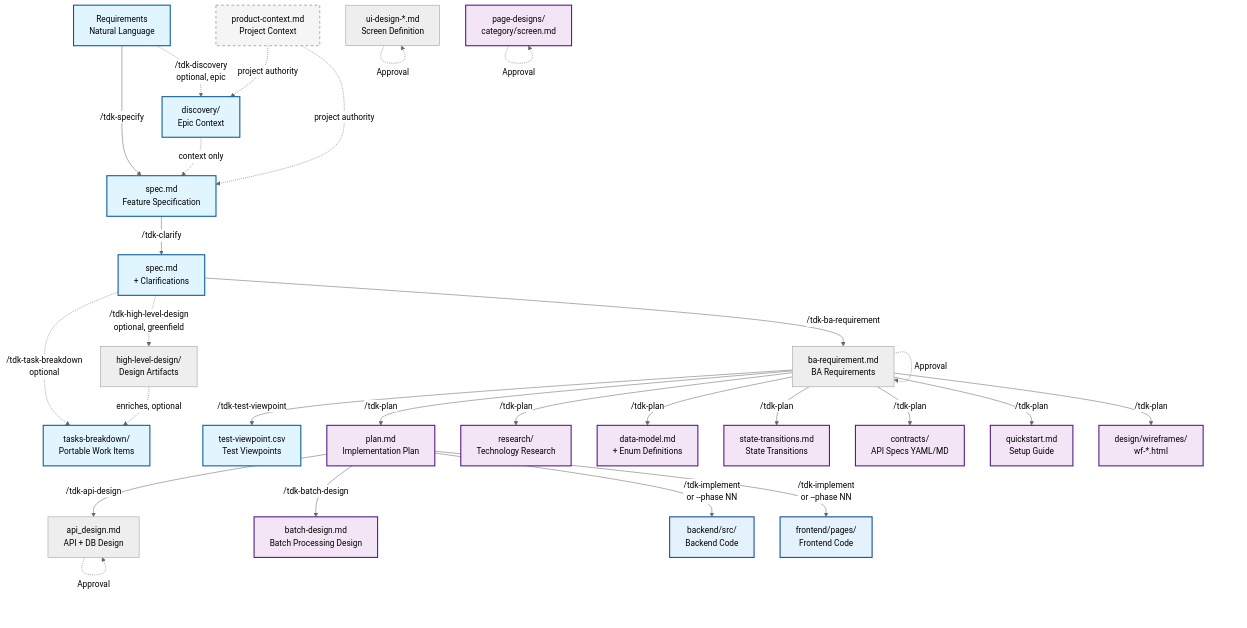
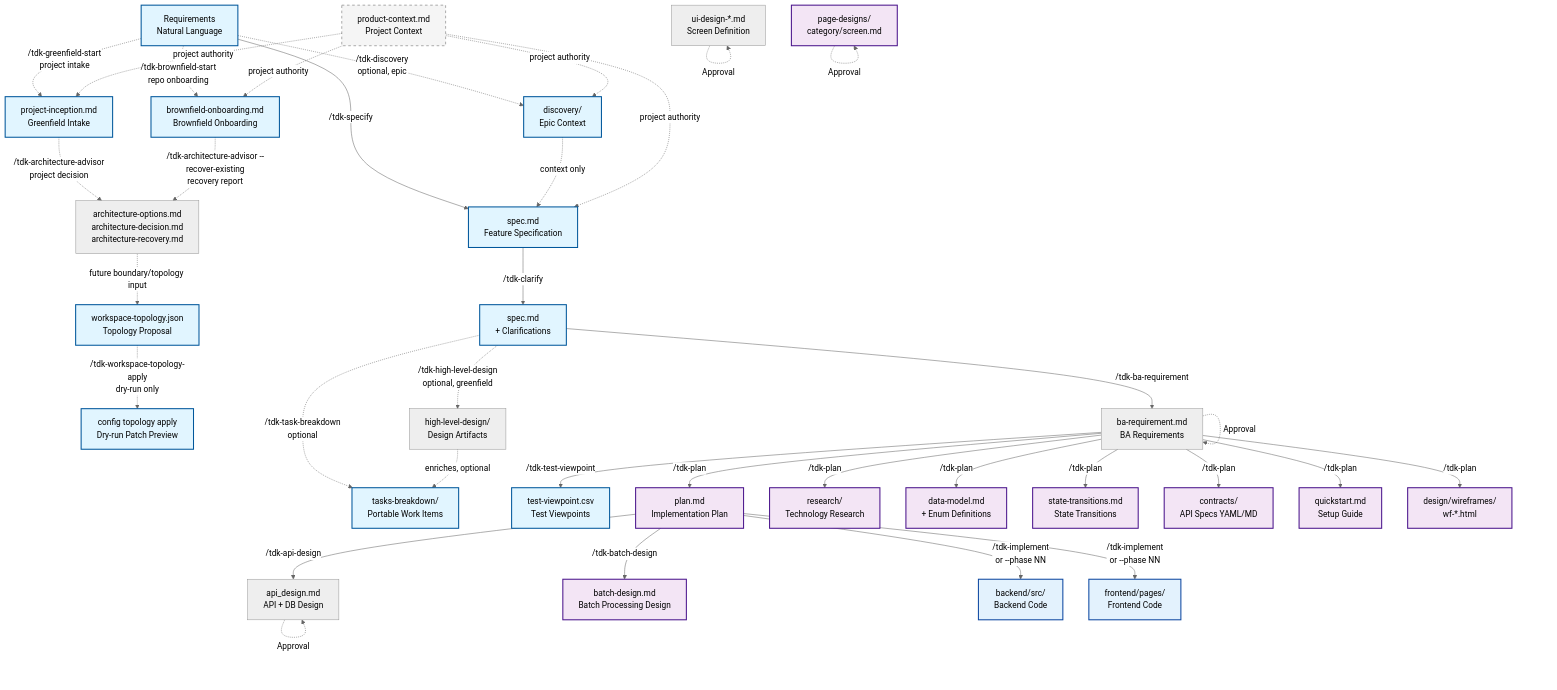
The first of 8 diagrams in .specify/docs/guides/document-flow.md (vinhltt/tdk), drawn with Mermaid (neutral theme) before and after one commit. The commit also changed other lines of this file and 67 other files, not shown here.

````diff
--- a/.specify/docs/guides/document-flow.md
+++ b/.specify/docs/guides/document-flow.md
@@ -12,60 +12,73 @@
 ```mermaid
 flowchart TD
     %% Phase 0: Specification
     REQ[Requirements<br/>Natural Language]
     PRODUCT_CONTEXT[product-context.md<br/>Project Context]
+    GREENFIELD_INCEPTION[project-inception.md<br/>Greenfield Intake]
+    BROWNFIELD_ONBOARDING[brownfield-onboarding.md<br/>Brownfield Onboarding]
+    ARCHITECTURE_REPORTS[architecture-options.md<br/>architecture-decision.md<br/>architecture-recovery.md]
+    TOPOLOGY[workspace-topology.json<br/>Topology Proposal]
+    CONFIG_PATCH[config topology apply<br/>Dry-run Patch Preview]
     DISCOVERY[discovery/<br/>Epic Context]
 
     %% Phase 0: Feature Specification
+    REQ -.->|/tdk-greenfield-start<br/>project intake| GREENFIELD_INCEPTION
+    REQ -.->|/tdk-brownfield-start<br/>repo onboarding| BROWNFIELD_ONBOARDING
+    GREENFIELD_INCEPTION -.->|/tdk-architecture-advisor<br/>project decision| ARCHITECTURE_REPORTS
+    BROWNFIELD_ONBOARDING -.->|/tdk-architecture-advisor --recover-existing<br/>recovery report| ARCHITECTURE_REPORTS
+    ARCHITECTURE_REPORTS -.->|future boundary/topology input| TOPOLOGY
+    TOPOLOGY -.->|/tdk-workspace-topology-apply<br/>dry-run only| CONFIG_PATCH
     REQ -.->|/tdk-discovery<br/>optional, epic| DISCOVERY
     REQ -->|/tdk-specify| SPEC[spec.md<br/>Feature Specification]
     DISCOVERY -.->|context only| SPEC
+    PRODUCT_CONTEXT -.->|project authority| GREENFIELD_INCEPTION
+    PRODUCT_CONTEXT -.->|project authority| BROWNFIELD_ONBOARDING
     PRODUCT_CONTEXT -.->|project authority| DISCOVERY
     PRODUCT_CONTEXT -.->|project authority| SPEC
     SPEC -->|/tdk-clarify| SPEC_CLARIFIED[spec.md<br/>+ Clarifications]
     SPEC_CLARIFIED -.->|/tdk-high-level-design<br/>optional, greenfield| HLD[high-level-design/<br/>Design Artifacts]
     SPEC_CLARIFIED -.->|/tdk-task-breakdown<br/>optional| TASK_BREAKDOWN[tasks-breakdown/<br/>Portable Work Items]
     HLD -.->|enriches, optional| TASK_BREAKDOWN
     SPEC_CLARIFIED -->|/tdk-ba-requirement| BA_REQ[ba-requirement.md<br/>BA Requirements]
     BA_REQ -.->|Approval| BA_REQ
     BA_REQ -->|/tdk-test-viewpoint| TEST_VP[test-viewpoint.csv<br/>Test Viewpoints]
 
     %% Phase 1: Architecture & Design
     BA_REQ -->|/tdk-plan| PLAN[plan.md<br/>Implementation Plan]
     BA_REQ -->|/tdk-plan| RESEARCH[research/<br/>Technology Research]
     BA_REQ -->|/tdk-plan| DATAMODEL[data-model.md<br/>+ Enum Definitions]
     BA_REQ -->|/tdk-plan| STATETRANS[state-transitions.md<br/>State Transitions]
     BA_REQ -->|/tdk-plan| CONTRACTS[contracts/<br/>API Specs YAML/MD]
     BA_REQ -->|/tdk-plan| QUICKSTART[quickstart.md<br/>Setup Guide]
     BA_REQ -->|/tdk-plan| WIREFRAMES[design/wireframes/<br/>wf-*.html]
 
     %% Phase 1: Detailed Design & Approval
     PLAN -->|/tdk-api-design| API_DESIGN[api_design.md<br/>API + DB Design]
     PLAN -->|/tdk-batch-design| BATCH_DESIGN[batch-design.md<br/>Batch Processing Design]
     PAGEDESIGNS[page-designs/<br/>category/screen.md]
     UI_DESIGN[ui-design-*.md<br/>Screen Definition]
     API_DESIGN -.->|Approval| API_DESIGN
     UI_DESIGN -.->|Approval| UI_DESIGN
     PAGEDESIGNS -.->|Approval| PAGEDESIGNS
 
     %% Phase 2: Implementation (Solo Path - Primary)
     PLAN -->|/tdk-implement<br/>or --phase NN| CODE_BE[backend/src/<br/>Backend Code]
     PLAN -->|/tdk-implement<br/>or --phase NN| CODE_FE[frontend/pages/<br/>Frontend Code]
 
     %% Styling
     classDef phase0 fill:#e1f5ff,stroke:#01579b,stroke-width:2px
     classDef phase1 fill:#f3e5f5,stroke:#4a148c,stroke-width:2px
     classDef phase2 fill:#fff3e0,stroke:#e65100,stroke-width:2px
     classDef phase3 fill:#e8f5e9,stroke:#1b5e20,stroke-width:2px
     classDef phase4 fill:#fff9c4,stroke:#f57f17,stroke-width:2px
     classDef phase5 fill:#ffebee,stroke:#b71c1c,stroke-width:2px
     classDef reference fill:#f5f5f5,stroke:#616161,stroke-width:1px,stroke-dasharray: 5 5
     classDef code fill:#e3f2fd,stroke:#0d47a1,stroke-width:2px
     classDef infra fill:#fce4ec,stroke:#880e4f,stroke-width:2px
 
-    class REQ,DISCOVERY,SPEC,SPEC_CLARIFIED,TASK_BREAKDOWN phase0
+    class REQ,GREENFIELD_INCEPTION,BROWNFIELD_ONBOARDING,TOPOLOGY,CONFIG_PATCH,DISCOVERY,SPEC,SPEC_CLARIFIED,TASK_BREAKDOWN phase0
     class PLAN,RESEARCH,DATAMODEL,STATETRANS,CONTRACTS,QUICKSTART,WIREFRAMES,PAGEDESIGNS,BATCH_DESIGN phase1
     class TEST_VP phase0
     class PRODUCT_CONTEXT,CONSTITUTION,UIUX,REF_DATAMODEL,REF_STATE reference
     class CODE_BE,CODE_FE,TESTS code
 ```
````
